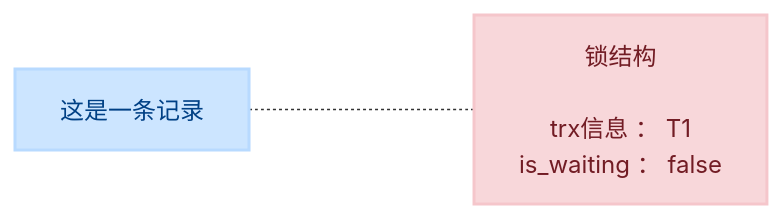
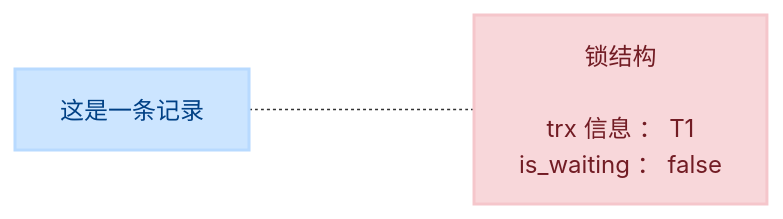
One commit to hhuabin/note changed the second of 11 diagrams in MySql/27.锁.md. Above: the diagram before and after it, drawn with Mermaid. The commit also changed other lines of this file and 8 other files, not shown here.

````diff
--- a/MySql/27.锁.md
+++ b/MySql/27.锁.md
@@ -30,15 +30,15 @@
 ```mermaid
 flowchart LR
     %% 定义记录节点
     Record["这是一条记录"]
 
     %% 定义锁结构节点，纯文本排版（无边框、无背景色）
-    LockStruct["锁结构<br/><br/>trx信息 ： T1<br/>is_waiting ： false"]
+    LockStruct["锁结构<br/><br/>trx 信息 ： T1<br/>is_waiting ： false"]
 
     %% 建立关联
     Record -...- LockStruct
 
     %% 样式定义
     style Record fill:#cce5ff,stroke:#b8daff,stroke-width:2px,color:#004085
     style LockStruct fill:#f8d7da,stroke:#f5c6cb,stroke-width:2px,color:#721c24
 ```
````
